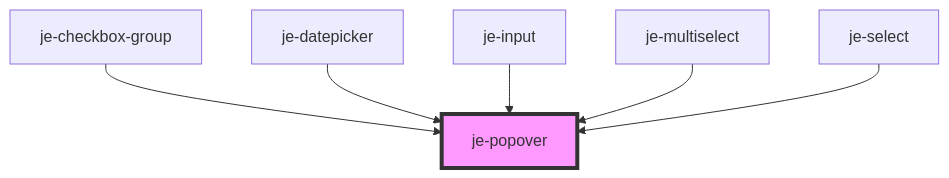
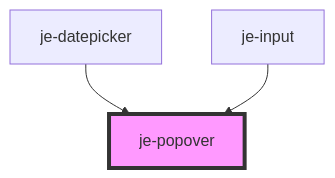
One commit to pgreen00/jebamo changed the diagram in packages/docs/docs/components/je-popover/readme.md. Above: the diagram before and after it, drawn with Mermaid. The commit also changed other lines of this file and 228 other files, not shown here.

````diff
--- a/packages/docs/docs/components/je-popover/readme.md
+++ b/packages/docs/docs/components/je-popover/readme.md
@@ -56,9 +49,6 @@
 ```mermaid
 graph TD;
-  je-checkbox-group --> je-popover
   je-datepicker --> je-popover
   je-input --> je-popover
-  je-multiselect --> je-popover
-  je-select --> je-popover
   style je-popover fill:#f9f,stroke:#333,stroke-width:4px
 ```
````
